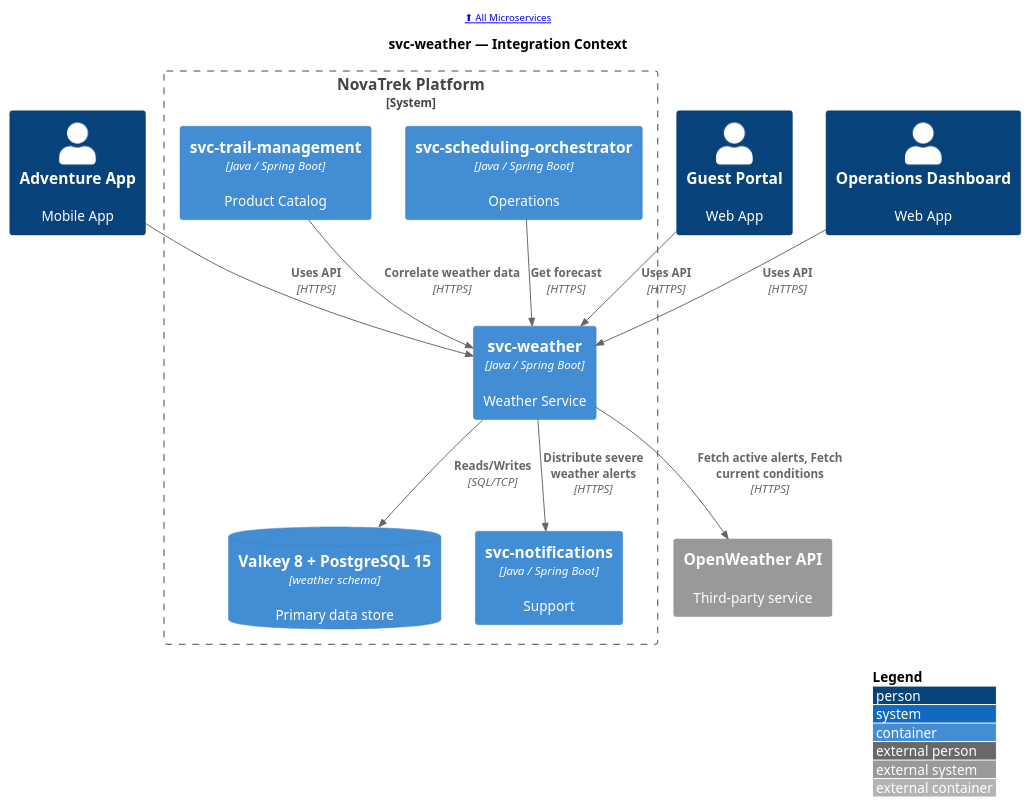
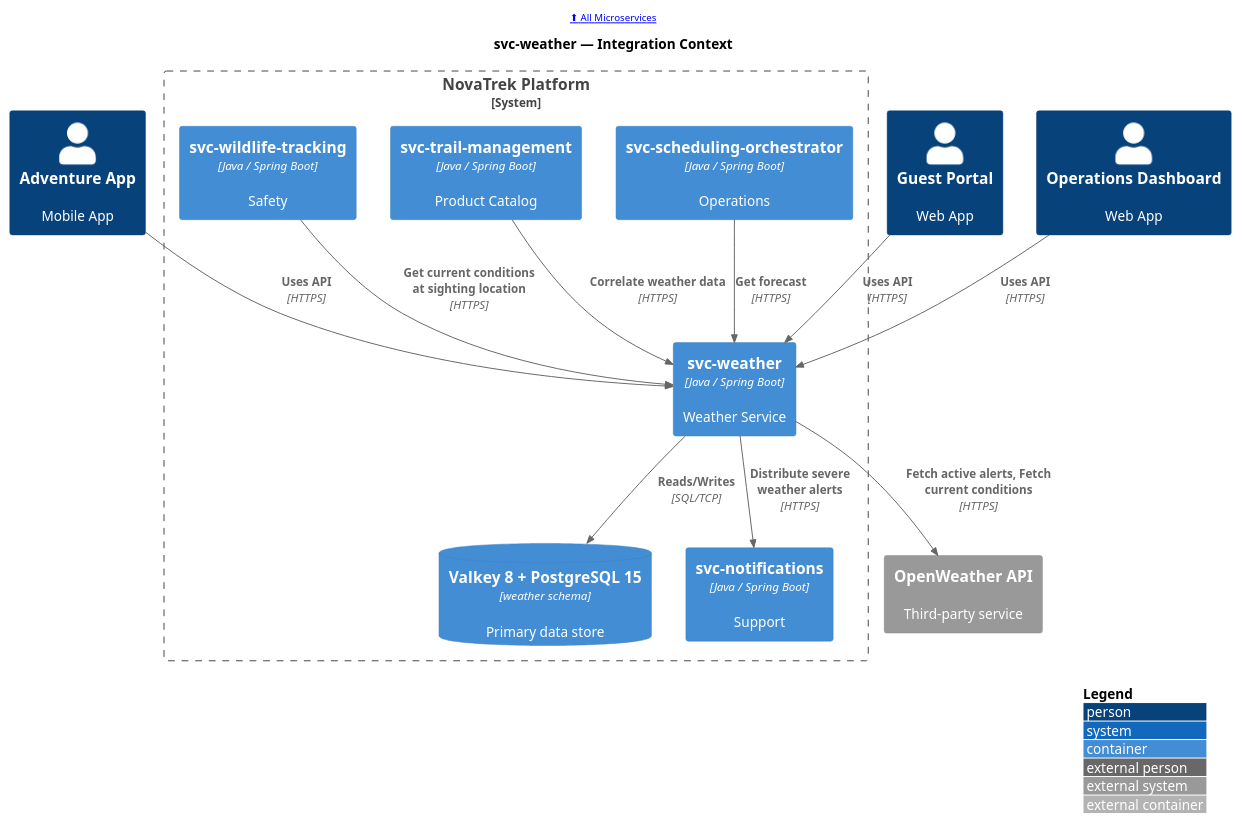
Before and after one commit to christopherblaisdell/continuous-architecture-platform-poc: the diagram in portal/docs/microservices/puml/svc-weather--c4-context.puml, drawn with PlantUML. The commit also changed 122 other files, not shown here.

Commit message:
Add svc-emergency-response and svc-wildlife-tracking: 2 new Safety domain services with OpenAPI specs, AsyncAPI events, metadata, 182 diagrams, deployed to Azure SWA

```diff
--- a/portal/docs/microservices/puml/svc-weather--c4-context.puml
+++ b/portal/docs/microservices/puml/svc-weather--c4-context.puml
@@ -1,34 +1,36 @@
 @startuml
 !include <c4/C4_Container>
 
 LAYOUT_WITH_LEGEND()
 LAYOUT_TOP_DOWN()
 
 header [[/microservices/ ⬆ All Microservices]]
 
 title svc-weather — Integration Context
 
 Person(app_guest_mobile, "Adventure App", "Mobile App", $link="/applications/app-guest-mobile/#service-dependencies")
 Person(web_guest_portal, "Guest Portal", "Web App", $link="/applications/web-guest-portal/#service-dependencies")
 Person(web_ops_dashboard, "Operations Dashboard", "Web App", $link="/applications/web-ops-dashboard/#service-dependencies")
 
 System_Boundary(boundary, "NovaTrek Platform") {
     Container(svc_weather, "svc-weather", "Java / Spring Boot", "Weather Service", $link="/microservices/svc-weather/")
     ContainerDb(svc_weather_db, "Valkey 8 + PostgreSQL 15", "weather schema", "Primary data store", $link="/microservices/svc-weather/#data-store")
     Container(svc_scheduling_orchestrator, "svc-scheduling-orchestrator", "Java / Spring Boot", "Operations", $link="/microservices/svc-scheduling-orchestrator/#integration-context")
     Container(svc_trail_management, "svc-trail-management", "Java / Spring Boot", "Product Catalog", $link="/microservices/svc-trail-management/#integration-context")
+    Container(svc_wildlife_tracking, "svc-wildlife-tracking", "Java / Spring Boot", "Safety", $link="/microservices/svc-wildlife-tracking/#integration-context")
     Container(svc_notifications, "svc-notifications", "Java / Spring Boot", "Support", $link="/microservices/svc-notifications/#integration-context")
 }
 
 System_Ext(OpenWeather_API, "OpenWeather API", "Third-party service", $link="/actors/#openweather-api")
 
 Rel(app_guest_mobile, svc_weather, "Uses API", "HTTPS")
 Rel(web_guest_portal, svc_weather, "Uses API", "HTTPS")
 Rel(web_ops_dashboard, svc_weather, "Uses API", "HTTPS")
 Rel(svc_scheduling_orchestrator, svc_weather, "Get forecast", "HTTPS")
 Rel(svc_trail_management, svc_weather, "Correlate weather data", "HTTPS")
+Rel(svc_wildlife_tracking, svc_weather, "Get current conditions at sighting location", "HTTPS")
 Rel(svc_weather, svc_weather_db, "Reads/Writes", "SQL/TCP")
 Rel(svc_weather, svc_notifications, "Distribute severe weather alerts", "HTTPS")
 Rel(svc_weather, OpenWeather_API, "Fetch active alerts, Fetch current conditions", "HTTPS")
 
 @enduml
```
